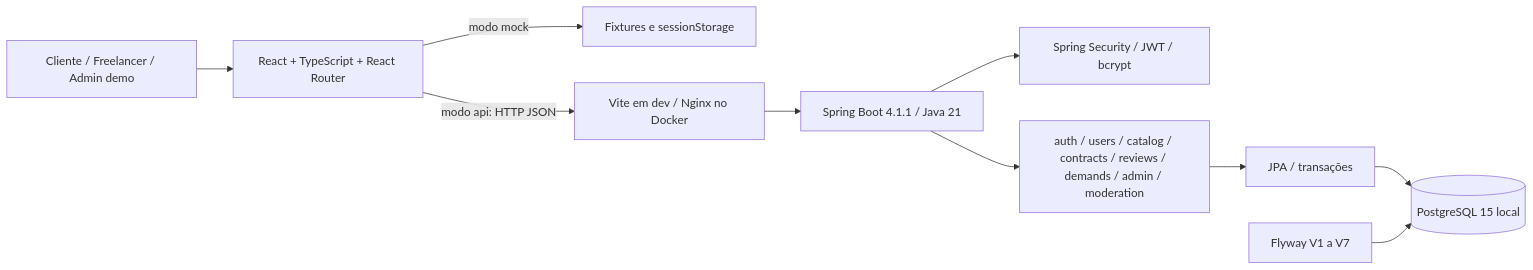
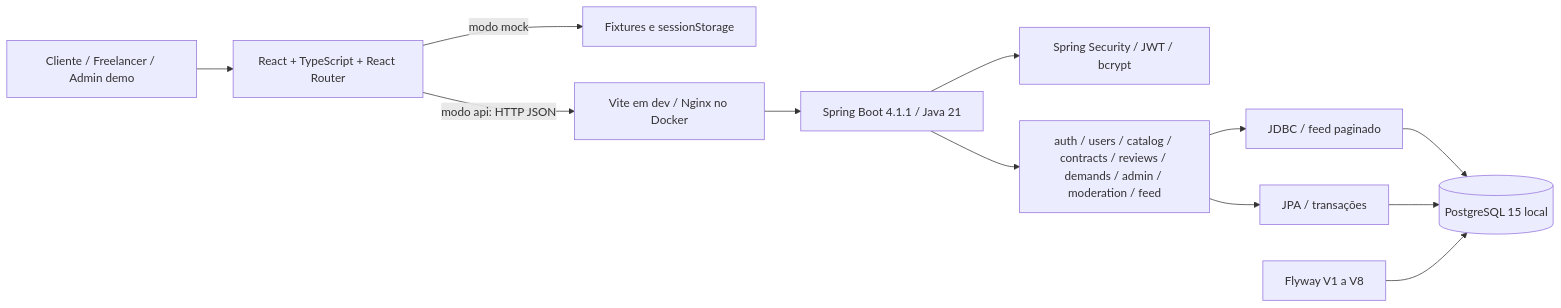
The diagram in docs/arquitetura.md (fabiolrocha/FreeLanceNow), drawn with Mermaid before and after one commit. The commit also changed other lines of this file and 16 other files, not shown here.

````diff
--- a/docs/arquitetura.md
+++ b/docs/arquitetura.md
@@ -5,12 +5,14 @@
 ```mermaid
 flowchart LR
   Pessoa[Cliente / Freelancer / Admin demo] --> Web[React + TypeScript + React Router]
   Web -->|modo mock| Mock[Fixtures e sessionStorage]
   Web -->|modo api: HTTP JSON| Proxy[Vite em dev / Nginx no Docker]
   Proxy --> API[Spring Boot 4.1.1 / Java 21]
   API --> Security[Spring Security / JWT / bcrypt]
-  API --> Modulos[auth / users / catalog / contracts / reviews / demands / admin / moderation]
+  API --> Modulos[auth / users / catalog / contracts / reviews / demands / admin / moderation / feed]
   Modulos --> JPA[JPA / transações]
+  Modulos --> JDBC[JDBC / feed paginado]
+  JDBC --> DB
   JPA --> DB[(PostgreSQL 15 local)]
-  Flyway[Flyway V1 a V7] --> DB
+  Flyway[Flyway V1 a V8] --> DB
 ```
````
